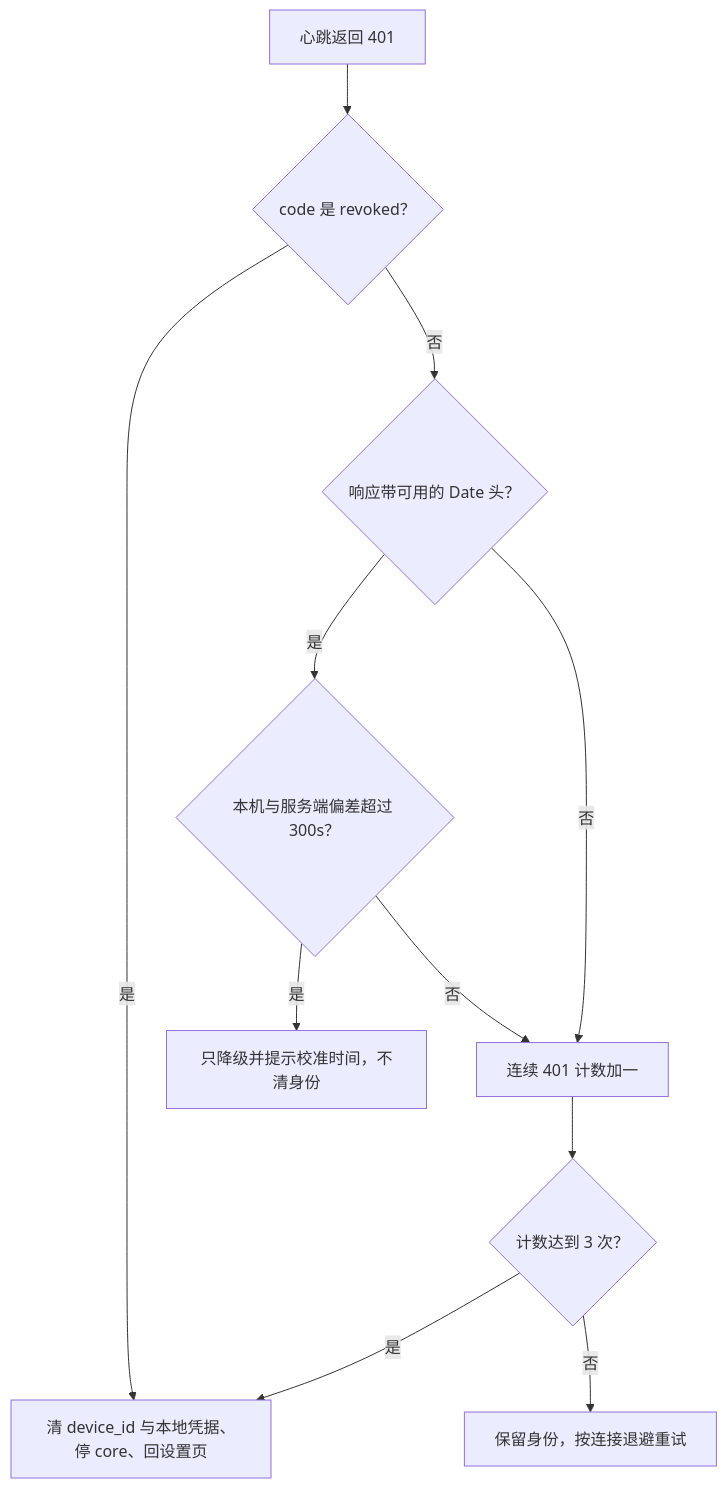
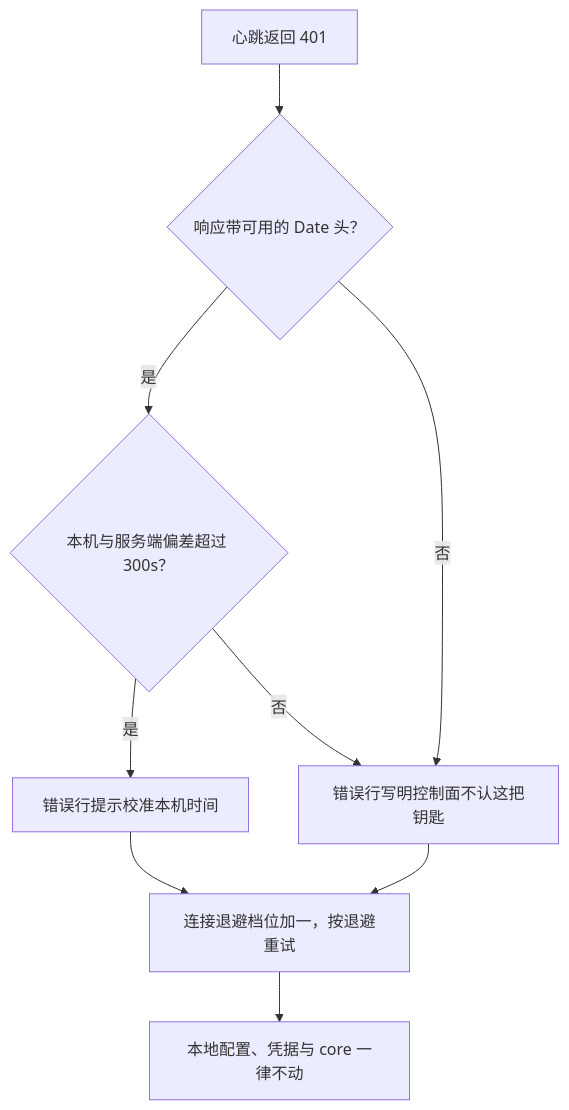
Before and after one commit to hiromuraki/mesh-client: the fourth of 8 diagrams in docs/states.md, drawn with Mermaid. The commit also changed other lines of this file and 27 other files, not shown here.

````diff
--- a/docs/states.md
+++ b/docs/states.md
@@ -182,13 +180,11 @@
 ```mermaid
 flowchart TD
-  A["心跳返回 401"] --> B{"code 是 revoked？"}
-  B -- 是 --> C["清 device_id 与本地凭据、停 core、回设置页"]
-  B -- 否 --> D{"响应带可用的 Date 头？"}
-  D -- 是 --> E{"本机与服务端偏差超过 300s？"}
-  E -- 是 --> F["只降级并提示校准时间，不清身份"]
-  E -- 否 --> G["连续 401 计数加一"]
-  D -- 否 --> G
-  G --> H{"计数达到 3 次？"}
-  H -- 是 --> C
-  H -- 否 --> I["保留身份，按连接退避重试"]
+  A["心跳返回 401"] --> B{"响应带可用的 Date 头？"}
+  B -- 是 --> C{"本机与服务端偏差超过 300s？"}
+  C -- 是 --> D["错误行提示校准本机时间"]
+  C -- 否 --> E["错误行写明控制面不认这把钥匙"]
+  B -- 否 --> E
+  D --> F["连接退避档位加一，按退避重试"]
+  E --> F
+  F --> G["本地配置、凭据与 core 一律不动"]
 ```
````
